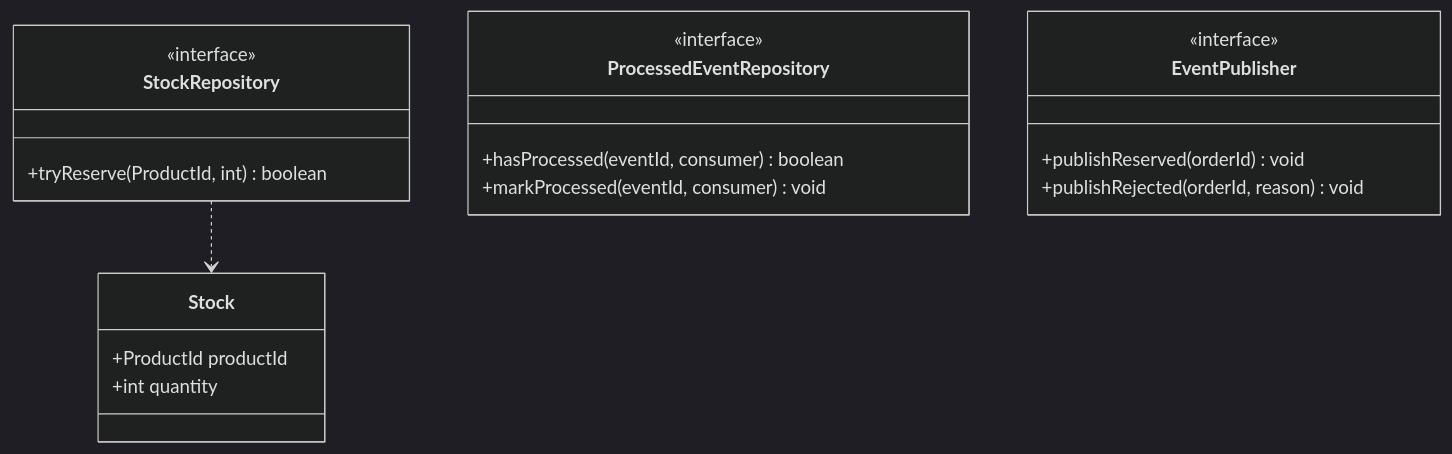
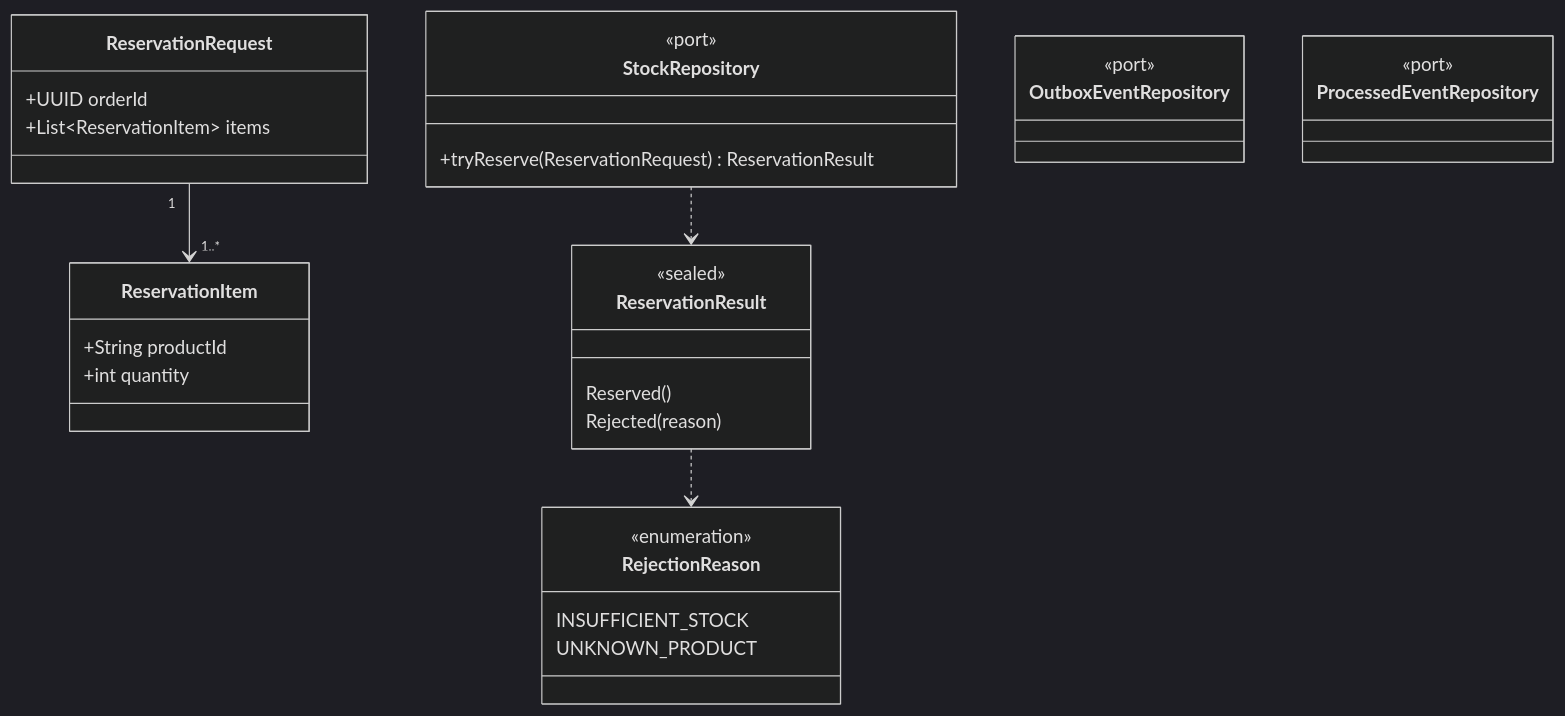
Before and after one commit to kaulinmindiola/Resilient-Order-Pipeline: the fourth of 12 diagrams in docs/sdd.md, drawn with Mermaid (dark theme). The commit also changed other lines of this file, not shown here.

Commit message:
docs: align SDD with the implementation and add sequence diagrams

````diff
--- a/docs/sdd.md
+++ b/docs/sdd.md
@@ -288,22 +218,34 @@
 ```mermaid
 classDiagram
-    class Stock {
-        +ProductId productId
+    class ReservationRequest {
+        +UUID orderId
+        +List~ReservationItem~ items
+    }
+    class ReservationItem {
+        +String productId
         +int quantity
     }
+    class ReservationResult {
+        <<sealed>>
+        Reserved()
+        Rejected(reason)
+    }
+    class RejectionReason {
+        <<enumeration>>
+        INSUFFICIENT_STOCK
+        UNKNOWN_PRODUCT
+    }
     class StockRepository {
-        <<interface>>
-        +tryReserve(ProductId, int) boolean
+        <<port>>
+        +tryReserve(ReservationRequest) ReservationResult
+    }
+    class OutboxEventRepository {
+        <<port>>
     }
     class ProcessedEventRepository {
-        <<interface>>
-        +hasProcessed(eventId, consumer) boolean
-        +markProcessed(eventId, consumer) void
+        <<port>>
     }
-    class EventPublisher {
-        <<interface>>
-        +publishReserved(orderId) void
-        +publishRejected(orderId, reason) void
-    }
-    StockRepository ..> Stock
+    ReservationRequest "1" --> "1..*" ReservationItem
+    ReservationResult ..> RejectionReason
+    StockRepository ..> ReservationResult
 ```
````
